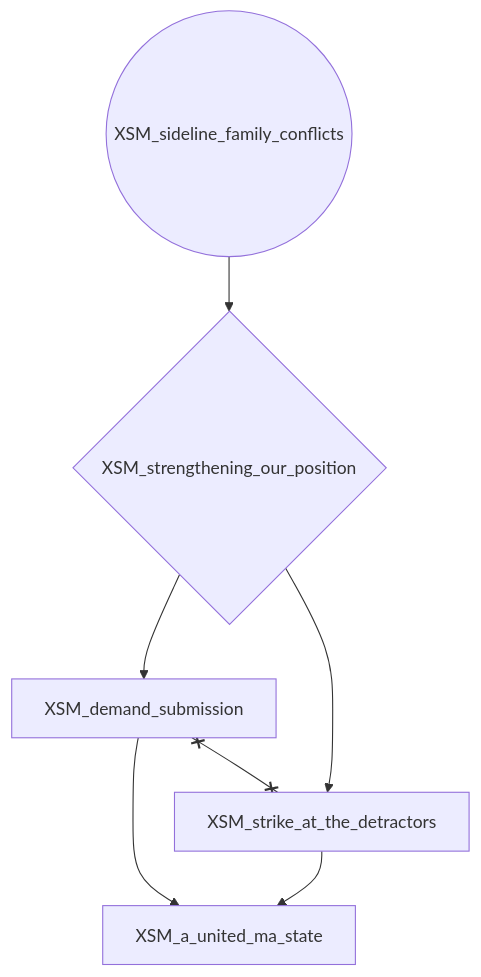
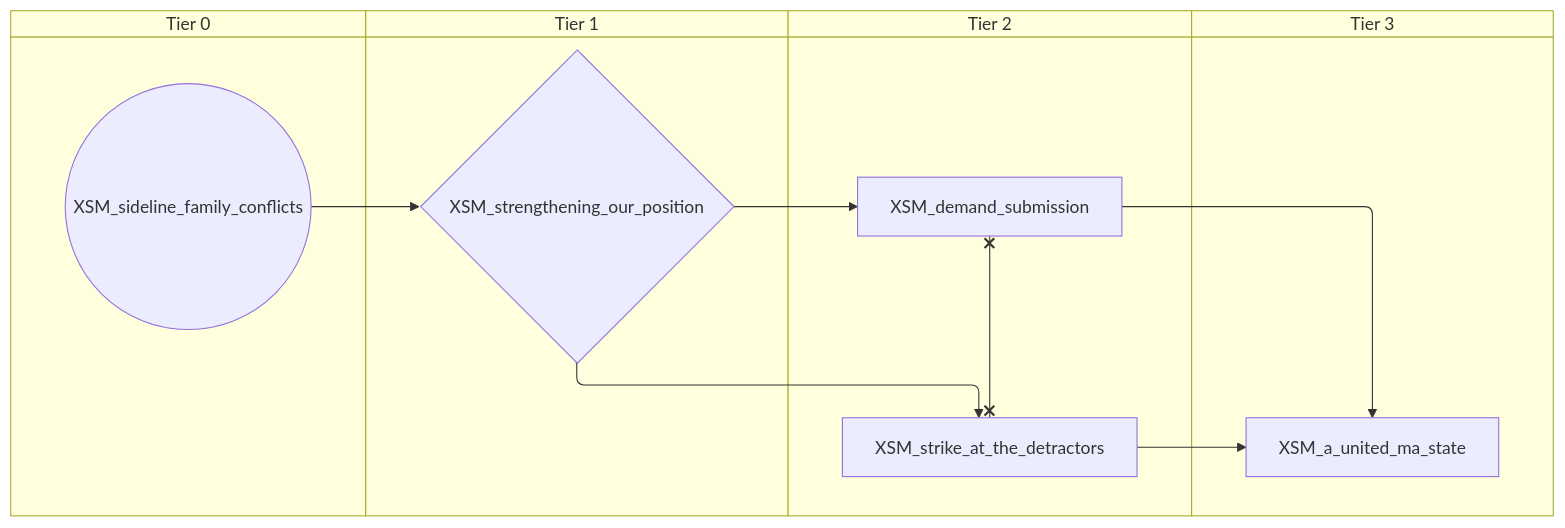
Before and after one commit to evgeny-sobol/hoi4-sandbox-mode-r56: the sixth of 6 diagrams in docs/gdd/National Focuses/china_warlord_sea.md, drawn with Mermaid. The commit also changed other lines of this file and 423 other files, not shown here.

First line of the commit message:
Re-export Rt56 focus trees as swimlane diagrams

````diff
--- a/docs/gdd/National Focuses/china_warlord_sea.md
+++ b/docs/gdd/National Focuses/china_warlord_sea.md
@@ -172,14 +216,22 @@
 ```mermaid
-flowchart TD
-    n62["XSM_a_united_ma_state"]
-    n63["XSM_demand_submission"]
-    n64(("XSM_sideline_family_conflicts"))
-    n65{"XSM_strengthening_our_position"}
-    n66["XSM_strike_at_the_detractors"]
-    n63 --> n62
-    n66 --> n62
-    n65 --> n63
-    n64 --> n65
+swimlane-beta TD
+    subgraph tier_0["Tier 0"]
+        n62(("XSM_sideline_family_conflicts"))
+    end
+    subgraph tier_1["Tier 1"]
+        n63{"XSM_strengthening_our_position"}
+    end
+    subgraph tier_2["Tier 2"]
+        n64["XSM_demand_submission"]
+        n65["XSM_strike_at_the_detractors"]
+    end
+    subgraph tier_3["Tier 3"]
+        n66["XSM_a_united_ma_state"]
+    end
+    n64 --> n66
     n65 --> n66
-    n63 x--x n66
+    n63 --> n64
+    n62 --> n63
+    n63 --> n65
+    n64 x--x n65
 ```
````
